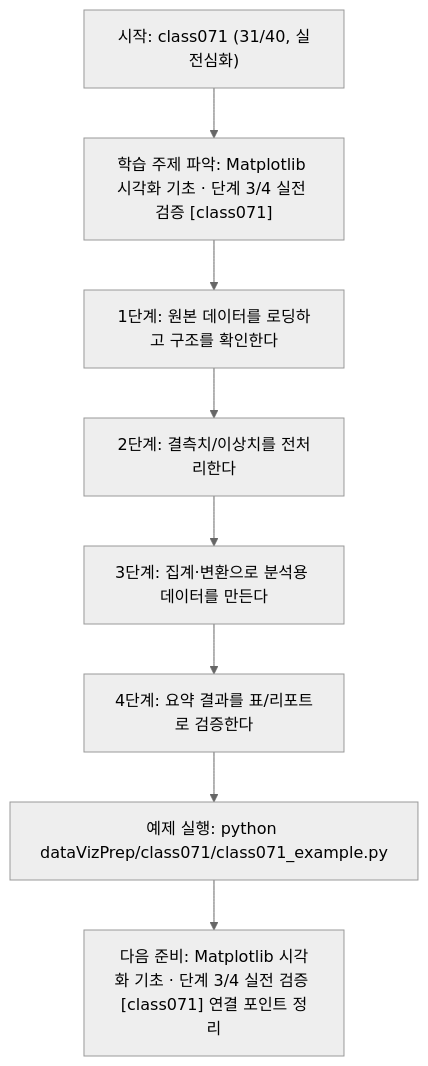
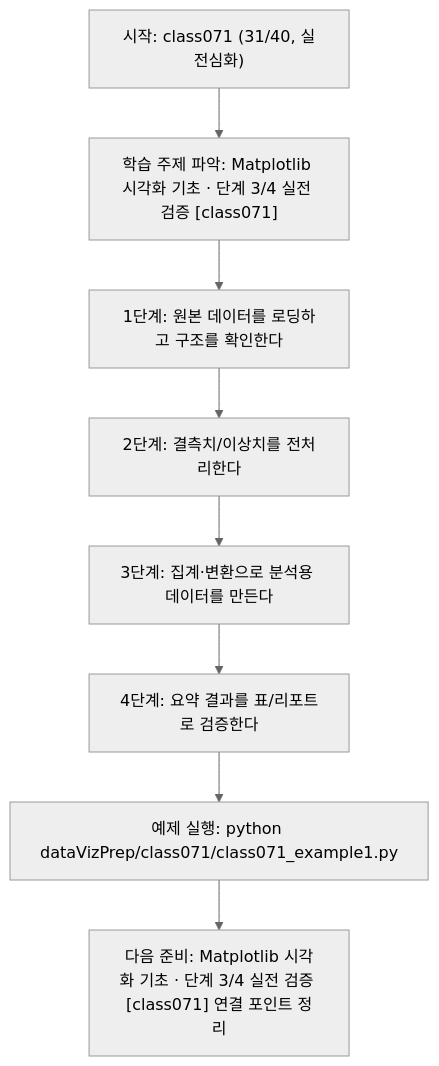
The diagram in dataVizPrep/class071/class071.md (edumgt/Python-AI_Agent-Class), drawn with Mermaid (neutral theme) before and after one commit. The commit also changed other lines of this file and 2959 other files, not shown here.

````diff
--- a/dataVizPrep/class071/class071.md
+++ b/dataVizPrep/class071/class071.md
@@ -111,18 +111,18 @@
 ```mermaid
 flowchart TD
 N1["시작: class071 (31/40, 실전심화)"]
 N2["학습 주제 파악: Matplotlib 시각화 기초 · 단계 3/4 실전 검증 [class071]"]
 N3["1단계: 원본 데이터를 로딩하고 구조를 확인한다"]
 N4["2단계: 결측치/이상치를 전처리한다"]
 N5["3단계: 집계·변환으로 분석용 데이터를 만든다"]
 N6["4단계: 요약 결과를 표/리포트로 검증한다"]
-N7["예제 실행: python dataVizPrep/class071/class071_example.py"]
+N7["예제 실행: python dataVizPrep/class071/class071_example1.py"]
 N8["다음 준비: Matplotlib 시각화 기초 · 단계 3/4 실전 검증 [class071] 연결 포인트 정리"]
 N1 --> N2
 N2 --> N3
 N3 --> N4
 N4 --> N5
 N5 --> N6
 N6 --> N7
 N7 --> N8
 ```
````
